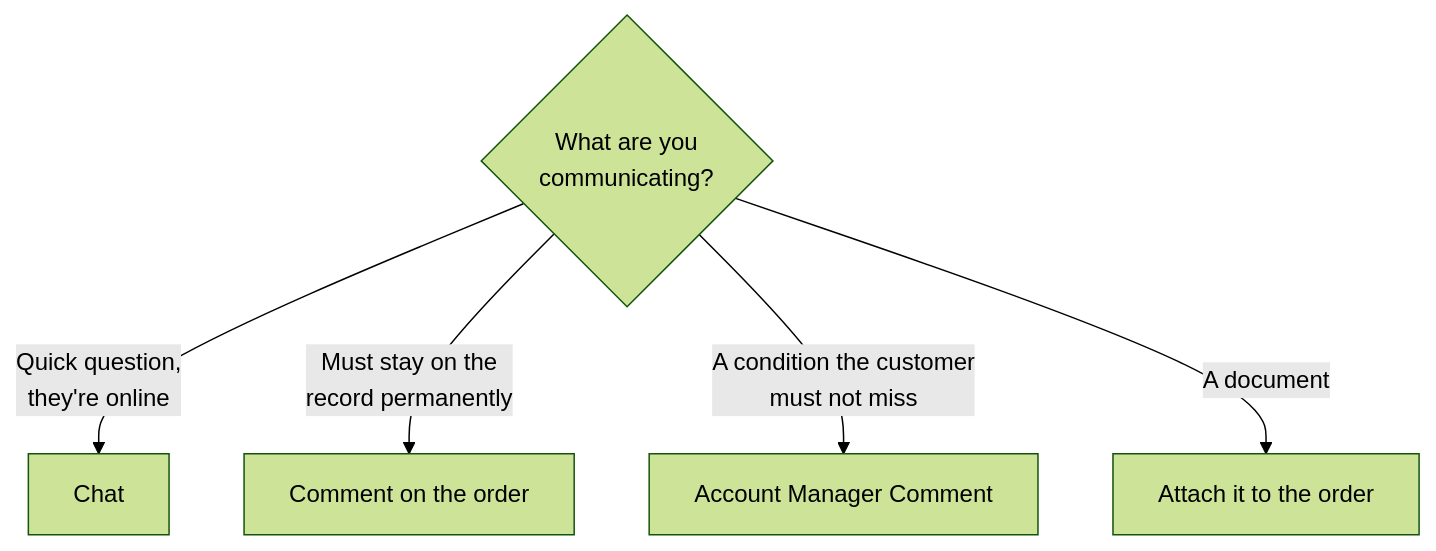
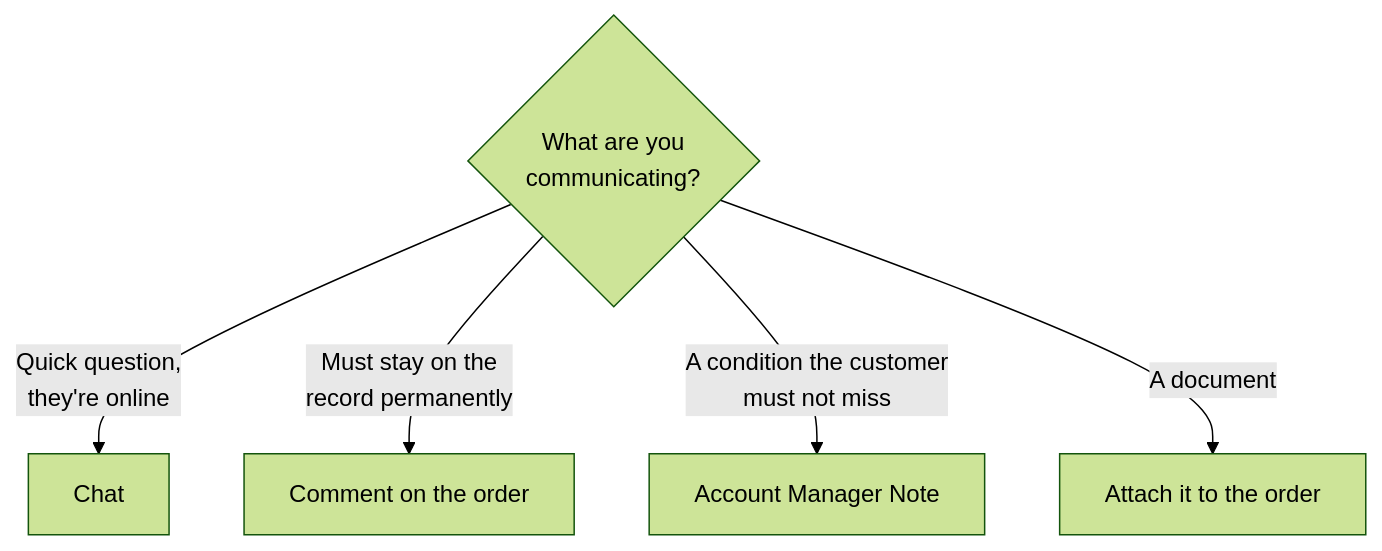
One commit to LaplaceSoftware/lp_projects_docs changed the second of 2 diagrams in docs/b2b_ecommerce_docs/_user_guide/013-Messages-and-Notifications.md. Above: the diagram before and after it, drawn with Mermaid (forest theme). The commit also changed other lines of this file and 48 other files, not shown here.

````diff
--- a/docs/b2b_ecommerce_docs/_user_guide/013-Messages-and-Notifications.md
+++ b/docs/b2b_ecommerce_docs/_user_guide/013-Messages-and-Notifications.md
@@ -156,7 +148,7 @@
 ```mermaid
 flowchart TB
     Q{"What are you<br/>communicating?"} -->|"Quick question,<br/>they're online"| CHAT["Chat"]
     Q -->|"Must stay on the<br/>record permanently"| COM["Comment on the order"]
-    Q -->|"A condition the customer<br/>must not miss"| AMC["Account Manager Comment"]
+    Q -->|"A condition the customer<br/>must not miss"| AMC["Account Manager Note"]
     Q -->|"A document"| ATT["Attach it to the order"]
 ```
````
